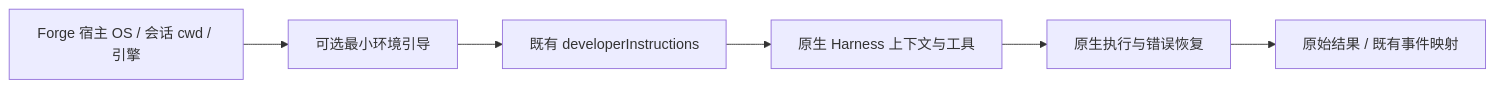
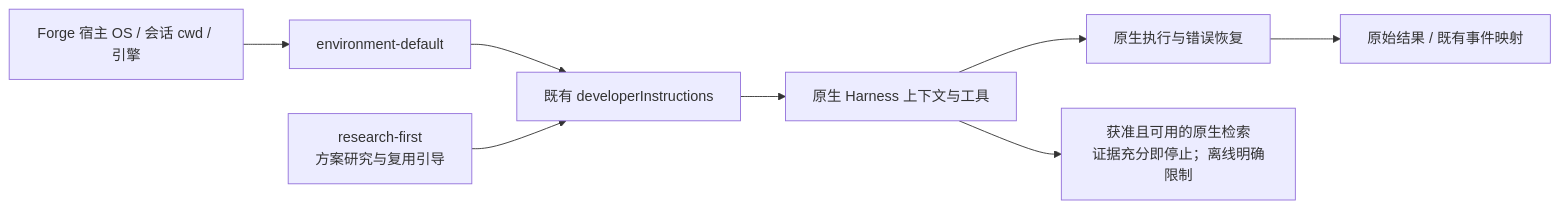
Before and after one commit to exception-coder/kai-toolbox: diagram 15 of 44 in docs/ai-coding-architecture.md, drawn with Mermaid. The commit also changed other lines of this file and 8 other files, not shown here.

````diff
--- a/docs/ai-coding-architecture.md
+++ b/docs/ai-coding-architecture.md
@@ -484,8 +488,10 @@
 ```mermaid
 flowchart LR
-    HOST["Forge 宿主 OS / 会话 cwd / 引擎"] --> GUIDE["可选最小环境引导"]
+    HOST["Forge 宿主 OS / 会话 cwd / 引擎"] --> GUIDE["environment-default"]
     GUIDE --> CONTEXT["既有 developerInstructions"]
+    RESEARCH["research-first<br/>方案研究与复用引导"] --> CONTEXT
     CONTEXT --> NATIVE["原生 Harness 上下文与工具"]
     NATIVE --> EXEC["原生执行与错误恢复"]
+    NATIVE --> WEB["获准且可用的原生检索<br/>证据充分即停止；离线明确限制"]
     EXEC --> RESULT["原始结果 / 既有事件映射"]
 ```
````
